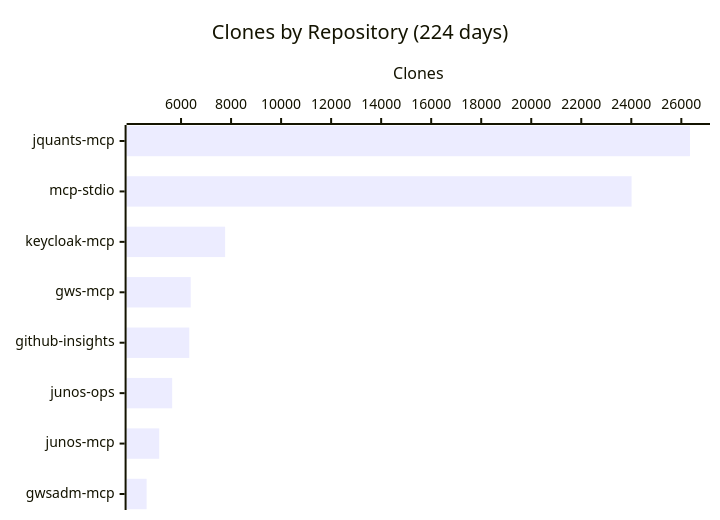
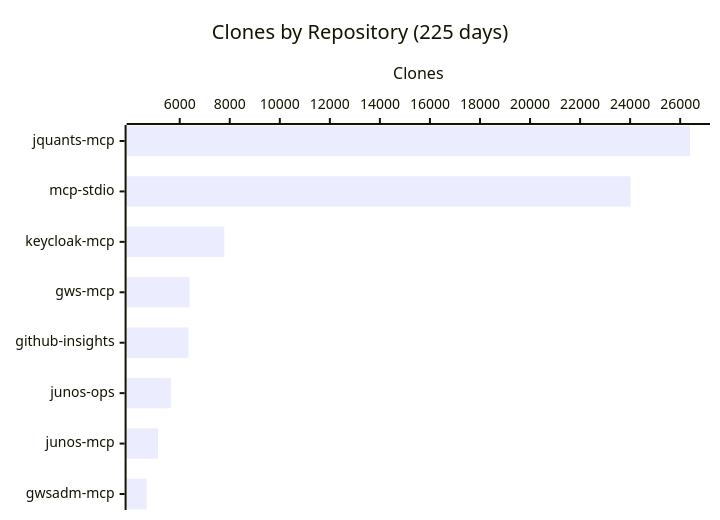
Before and after one commit to shigechika/github-insights: the fourth of 4 diagrams in README.md, drawn with Mermaid. The commit also changed other lines of this file and 1 other file, not shown here.

````diff
--- a/README.md
+++ b/README.md
@@ -58,7 +58,7 @@
 ```mermaid
 xychart-beta horizontal
-    title "Clones by Repository (224 days)"
+    title "Clones by Repository (225 days)"
     x-axis ["jquants-mcp", "mcp-stdio", "keycloak-mcp", "gws-mcp", "github-insights", "junos-ops", "junos-mcp", "gwsadm-mcp"]
     y-axis "Clones"
-    bar [26346, 24012, 7762, 6388, 6330, 5645, 5127, 4624]
+    bar [26392, 24020, 7780, 6392, 6350, 5646, 5131, 4677]
 ```
````
